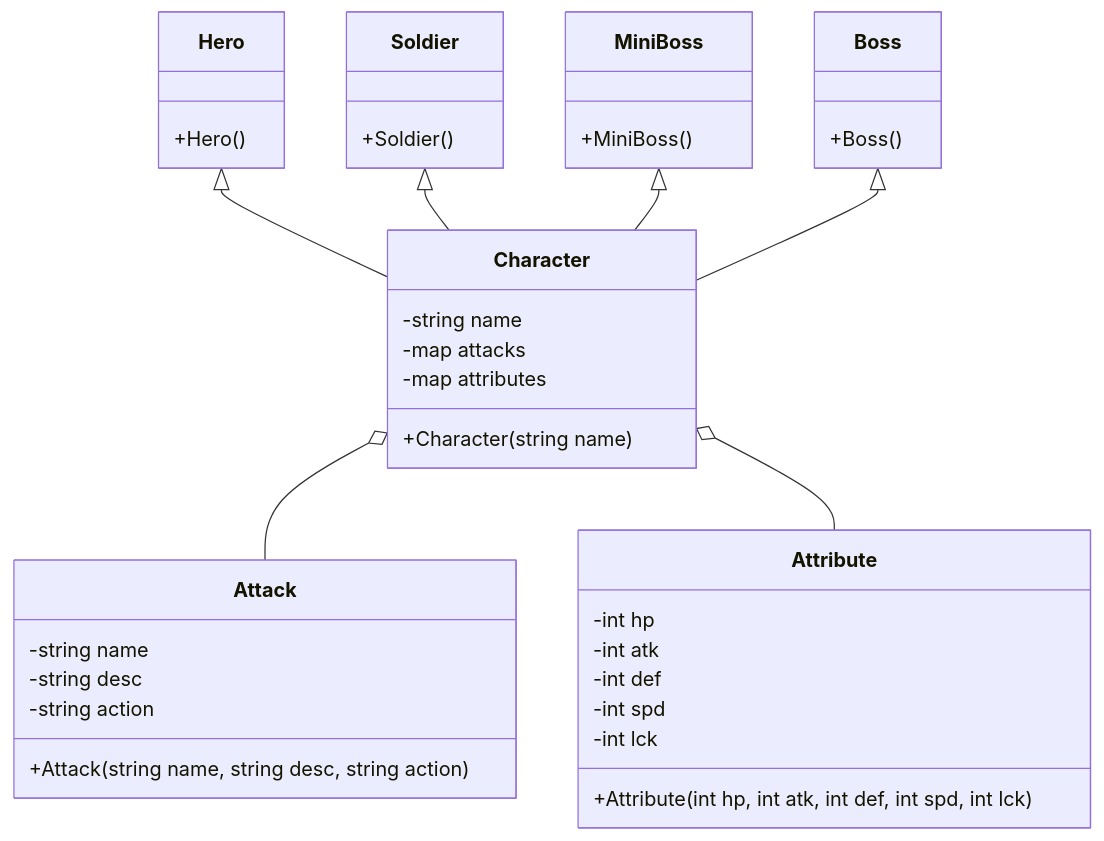
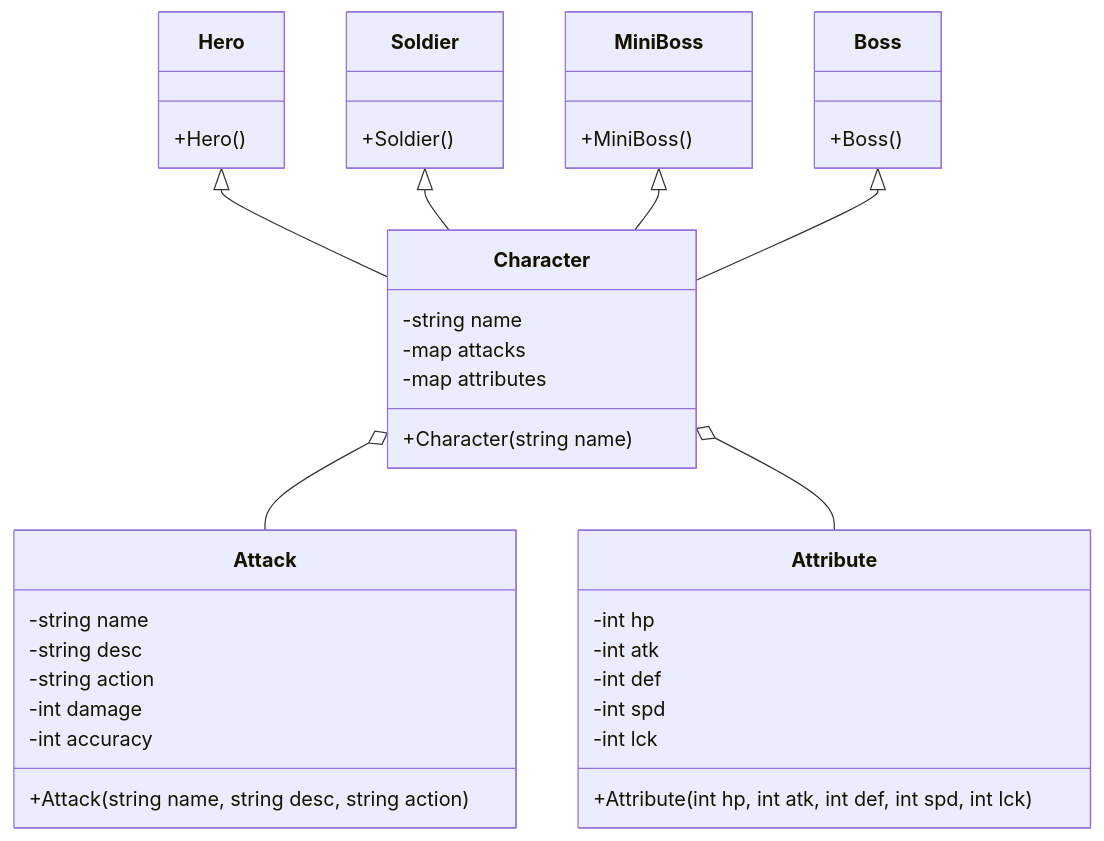
One commit to AlejandroSnap/PROYECTO-POO changed the diagram in Diagrama.md. Above: the diagram before and after it, drawn with Mermaid.

````diff
--- a/Diagrama.md
+++ b/Diagrama.md
@@ -3,48 +3,50 @@
 ```mermaid
 classDiagram
     class Hero {
         +Hero()
     }
 
     class Soldier {
         +Soldier()
     }
 
     class MiniBoss {
         +MiniBoss()
     }
 
     class Boss {
         +Boss()
     }
 
     class Character {
         -string name
         -map<string, Attack> attacks
         -map<string, Attribute> attributes
         +Character(string name)
     }
 
     class Attribute {
         -int hp
         -int atk
         -int def
         -int spd
         -int lck
         +Attribute(int hp, int atk, int def, int spd, int lck)
     }
 
     class Attack {
         -string name
         -string desc
         -string action
+        -int damage
+        -int accuracy
         +Attack(string name, string desc, string action)
     }
 
     Hero <|-- Character
     Soldier <|-- Character
     MiniBoss <|-- Character
     Boss <|-- Character
     Character o-- Attack
     Character o-- Attribute
 ```
````
